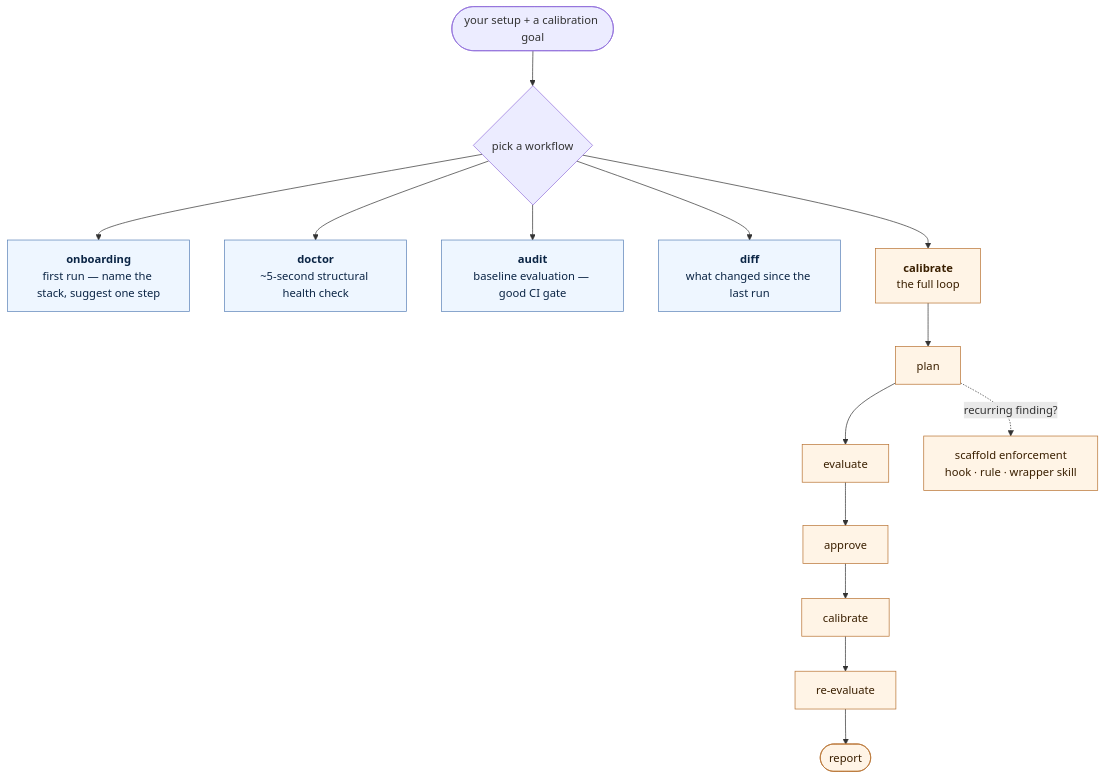
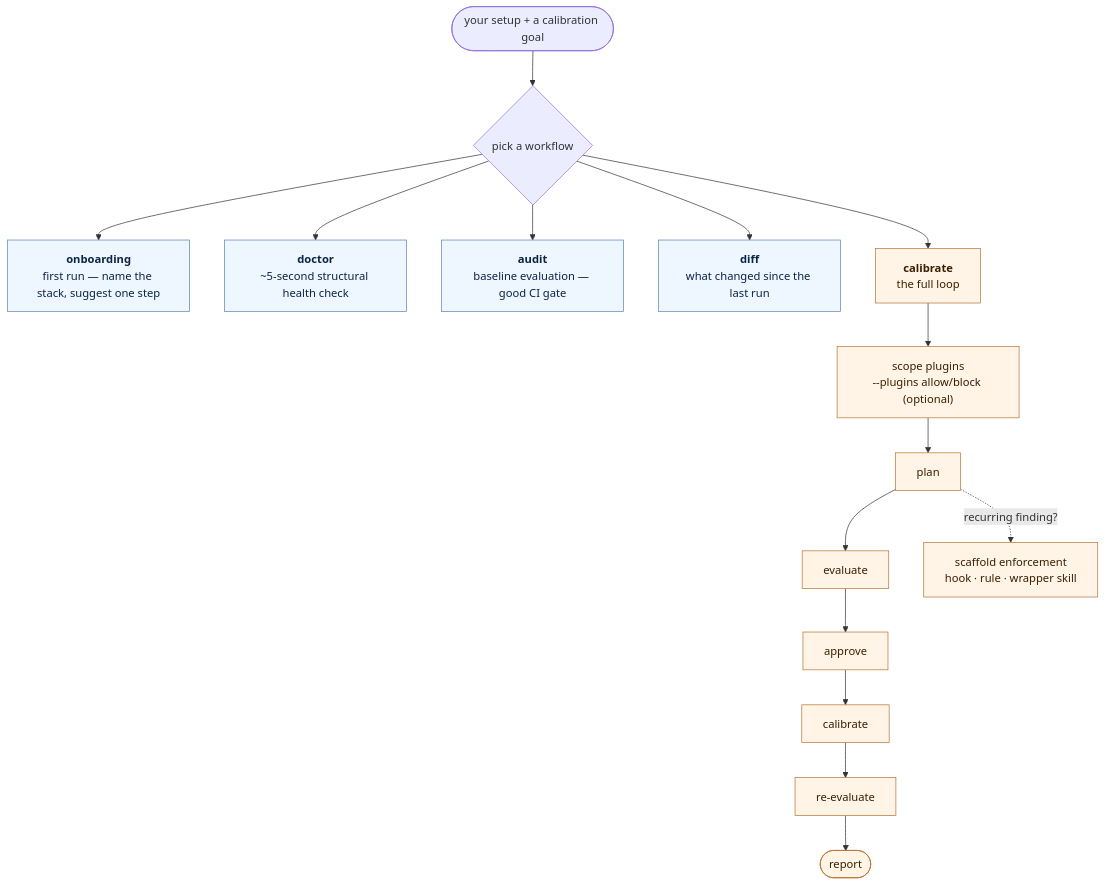
Before and after one commit to odere-pro/claude-calibration: the diagram in README.md, drawn with Mermaid. The commit also changed 24 other files, not shown here.

First line of the commit message:
feat: plugin allow-list / block-list for calibration runs

````diff
--- a/README.md
+++ b/README.md
@@ -53,26 +53,27 @@
 ```mermaid
 flowchart TD
     start([your setup + a calibration goal])
     pick{pick a workflow}
     start --> pick
 
     pick --> onboarding["<b>onboarding</b><br/>first run — name the stack, suggest one step"]
     pick --> doctor["<b>doctor</b><br/>~5-second structural health check"]
     pick --> audit["<b>audit</b><br/>baseline evaluation — good CI gate"]
     pick --> diff["<b>diff</b><br/>what changed since the last run"]
     pick --> calibrate["<b>calibrate</b><br/>the full loop"]
 
-    calibrate --> plan[plan]
+    calibrate --> scope["scope plugins<br/>--plugins allow/block (optional)"]
+    scope --> plan[plan]
     plan --> evaluate[evaluate]
     evaluate --> approve[approve]
     approve --> calibrateStep[calibrate]
     calibrateStep --> reEvaluate[re-evaluate]
     reEvaluate --> report([report])
 
     plan -.->|recurring finding?| scaffold["scaffold enforcement<br/>hook · rule · wrapper skill"]
 
     classDef readonly fill:#eef6ff,stroke:#5a82b8,color:#0b2545
     classDef loop fill:#fff4e6,stroke:#b87333,color:#3a1f00
     class onboarding,doctor,audit,diff readonly
-    class calibrate,plan,evaluate,approve,calibrateStep,reEvaluate,report,scaffold loop
+    class calibrate,scope,plan,evaluate,approve,calibrateStep,reEvaluate,report,scaffold loop
 ```
````
